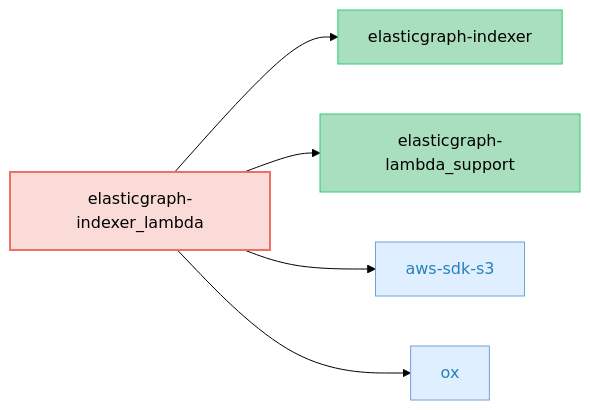
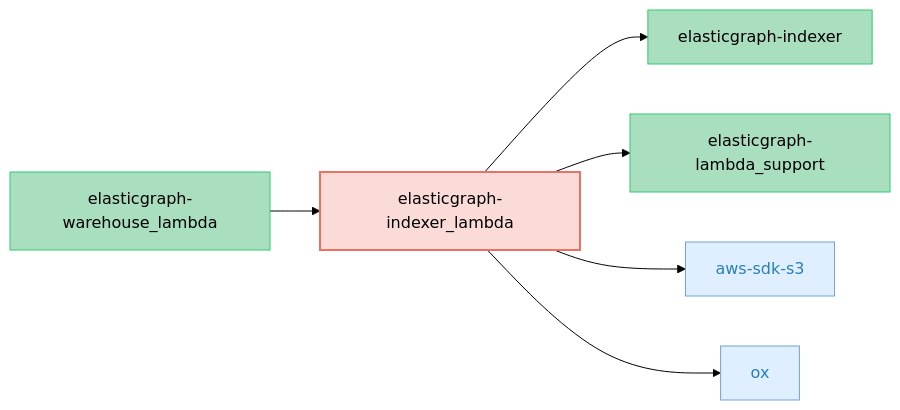
The diagram in elasticgraph-indexer_lambda/README.md (ciaran51/elasticgraph), drawn with Mermaid (forest theme) before and after one commit. The commit also changed 16 other files, not shown here.

First line of the commit message:
Add elasticgraph-warehouse_lambda

````diff
--- a/elasticgraph-indexer_lambda/README.md
+++ b/elasticgraph-indexer_lambda/README.md
@@ -7,22 +7,25 @@
 ```mermaid
 graph LR;
     classDef targetGemStyle fill:#FADBD8,stroke:#EC7063,color:#000,stroke-width:2px;
     classDef otherEgGemStyle fill:#A9DFBF,stroke:#2ECC71,color:#000;
     classDef externalGemStyle fill:#E0EFFF,stroke:#70A1D7,color:#2980B9;
     elasticgraph-indexer_lambda["elasticgraph-indexer_lambda"];
     class elasticgraph-indexer_lambda targetGemStyle;
     elasticgraph-indexer["elasticgraph-indexer"];
     elasticgraph-indexer_lambda --> elasticgraph-indexer;
     class elasticgraph-indexer otherEgGemStyle;
     elasticgraph-lambda_support["elasticgraph-lambda_support"];
     elasticgraph-indexer_lambda --> elasticgraph-lambda_support;
     class elasticgraph-lambda_support otherEgGemStyle;
     aws-sdk-s3["aws-sdk-s3"];
     elasticgraph-indexer_lambda --> aws-sdk-s3;
     class aws-sdk-s3 externalGemStyle;
     ox["ox"];
     elasticgraph-indexer_lambda --> ox;
     class ox externalGemStyle;
+    elasticgraph-warehouse_lambda["elasticgraph-warehouse_lambda"];
+    elasticgraph-warehouse_lambda --> elasticgraph-indexer_lambda;
+    class elasticgraph-warehouse_lambda otherEgGemStyle;
     click aws-sdk-s3 href "https://rubygems.org/gems/aws-sdk-s3" "Open on RubyGems.org" _blank;
     click ox href "https://rubygems.org/gems/ox" "Open on RubyGems.org" _blank;
 ```
````
